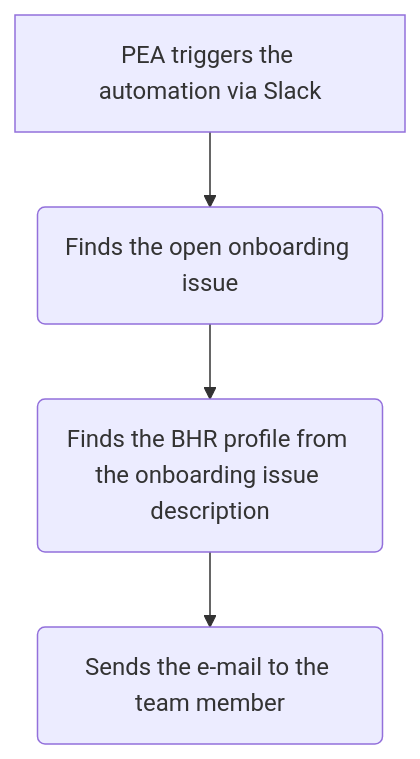
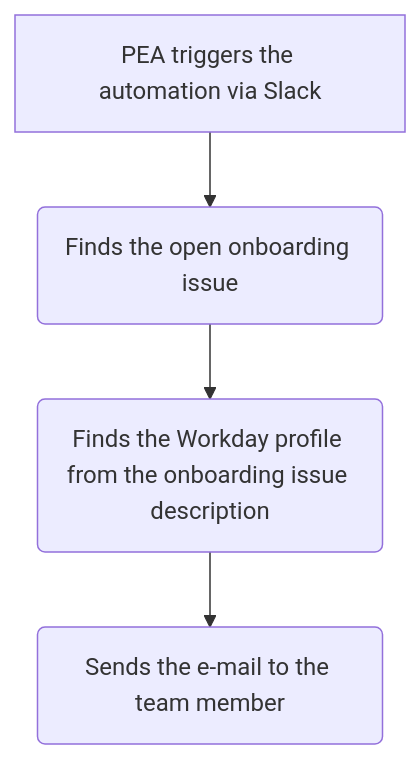
One commit to zalyoung/gitlab-handbook changed the second of 2 diagrams in content/handbook/people-group/engineering/onboarding.md. Above: the diagram before and after it, drawn with Mermaid. The commit also changed other lines of this file and 4 other files, not shown here.

````diff
--- a/content/handbook/people-group/engineering/onboarding.md
+++ b/content/handbook/people-group/engineering/onboarding.md
@@ -96,6 +96,6 @@
 ```mermaid
 graph TD
     A[PEA triggers the automation via Slack] -->B(Finds the open onboarding issue)
-    B --> C(Finds the BHR profile from the onboarding issue description)
+    B --> C(Finds the Workday profile from the onboarding issue description)
     C --> D(Sends the e-mail to the team member)
 ```
````
